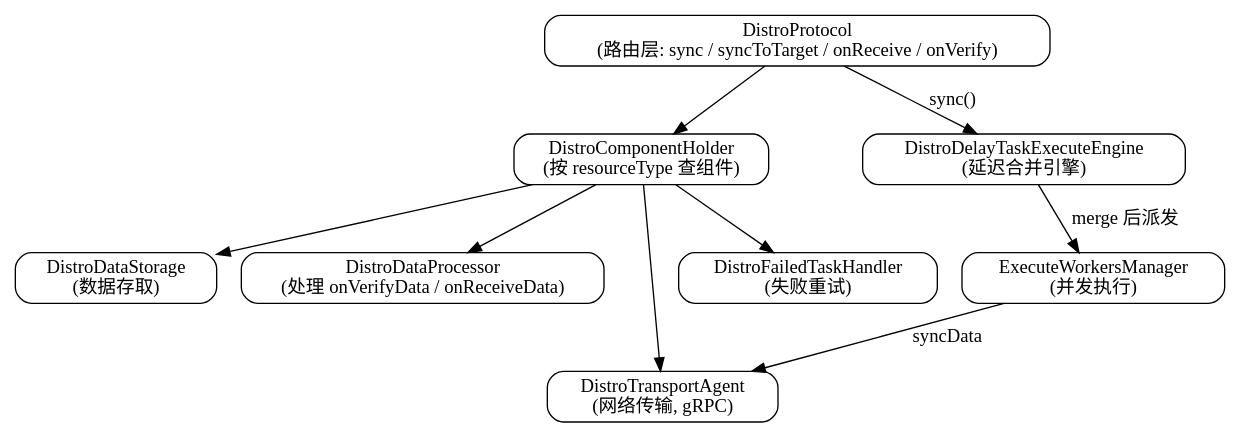
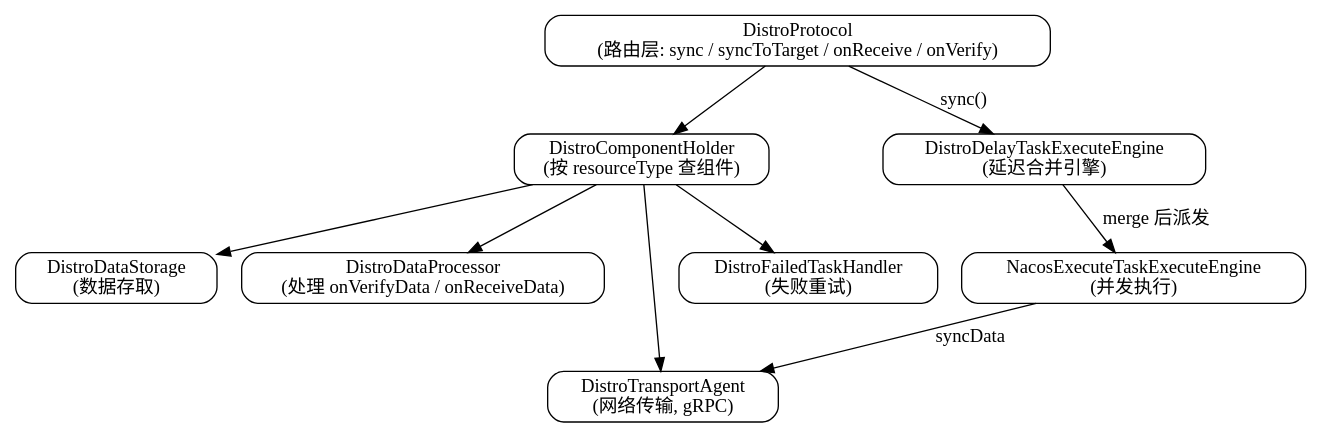
The diagram in docs/CS/Framework/nacos/distro.md (Robinpig/Note), drawn with Graphviz before and after one commit. The commit also changed other lines of this file and 16 other files, not shown here.

````diff
--- a/docs/CS/Framework/nacos/distro.md
+++ b/docs/CS/Framework/nacos/distro.md
@@ -26,20 +26,20 @@
 ```dot
 digraph distro {
   rankdir=TB;
   node [shape=box, style=rounded];
   DP  [label="DistroProtocol\n(路由层: sync / syncToTarget / onReceive / onVerify)"];
   CH  [label="DistroComponentHolder\n(按 resourceType 查组件)"];
   DS  [label="DistroDataStorage\n(数据存取)"];
   DP2 [label="DistroDataProcessor\n(处理 onVerifyData / onReceiveData)"];
   TA  [label="DistroTransportAgent\n(网络传输, gRPC)"];
   FH  [label="DistroFailedTaskHandler\n(失败重试)"];
   TE  [label="DistroDelayTaskExecuteEngine\n(延迟合并引擎)"];
-  EW  [label="ExecuteWorkersManager\n(并发执行)"];
+  EW  [label="NacosExecuteTaskExecuteEngine\n(并发执行)"];
 
   DP -> CH;
   CH -> DS; CH -> DP2; CH -> TA; CH -> FH;
   DP -> TE [label="sync()"];
   TE -> EW [label="merge 后派发"];
   EW -> TA [label="syncData"];
 }
 ```
````
